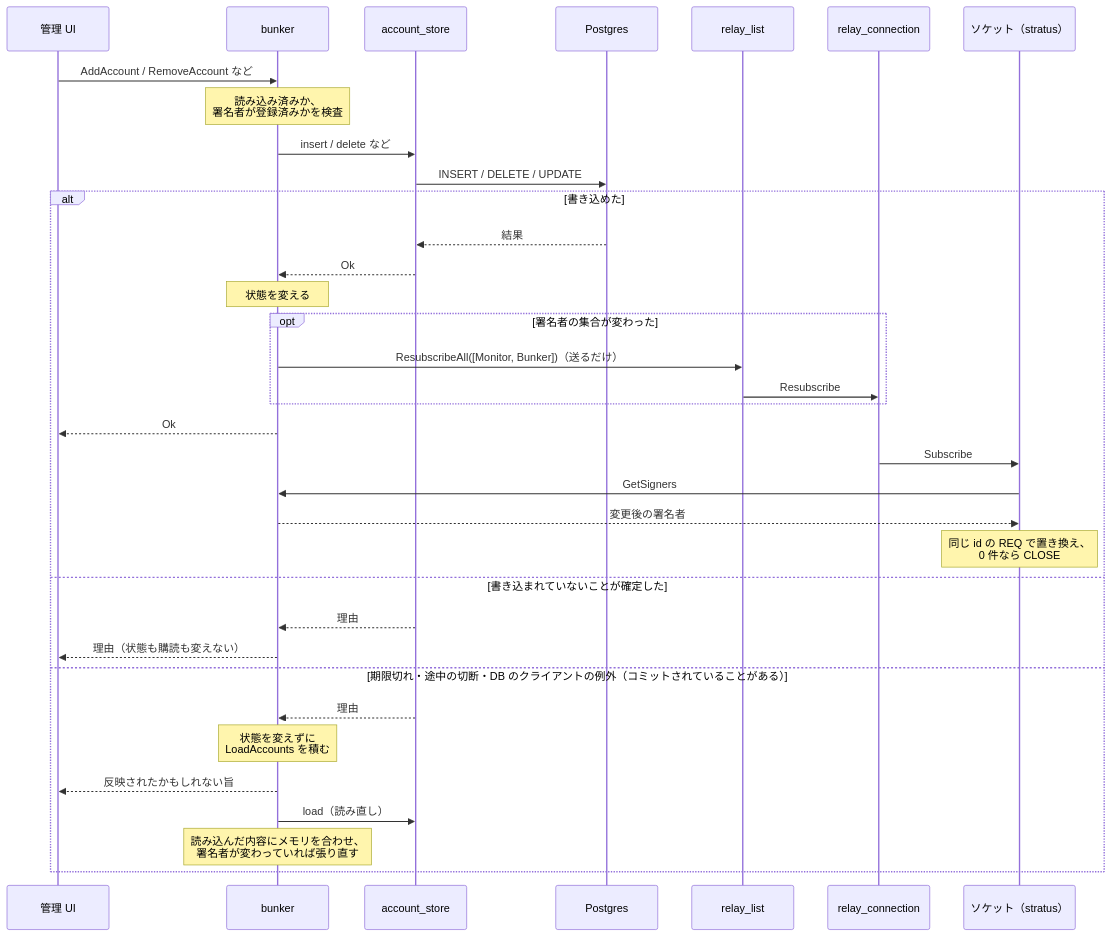
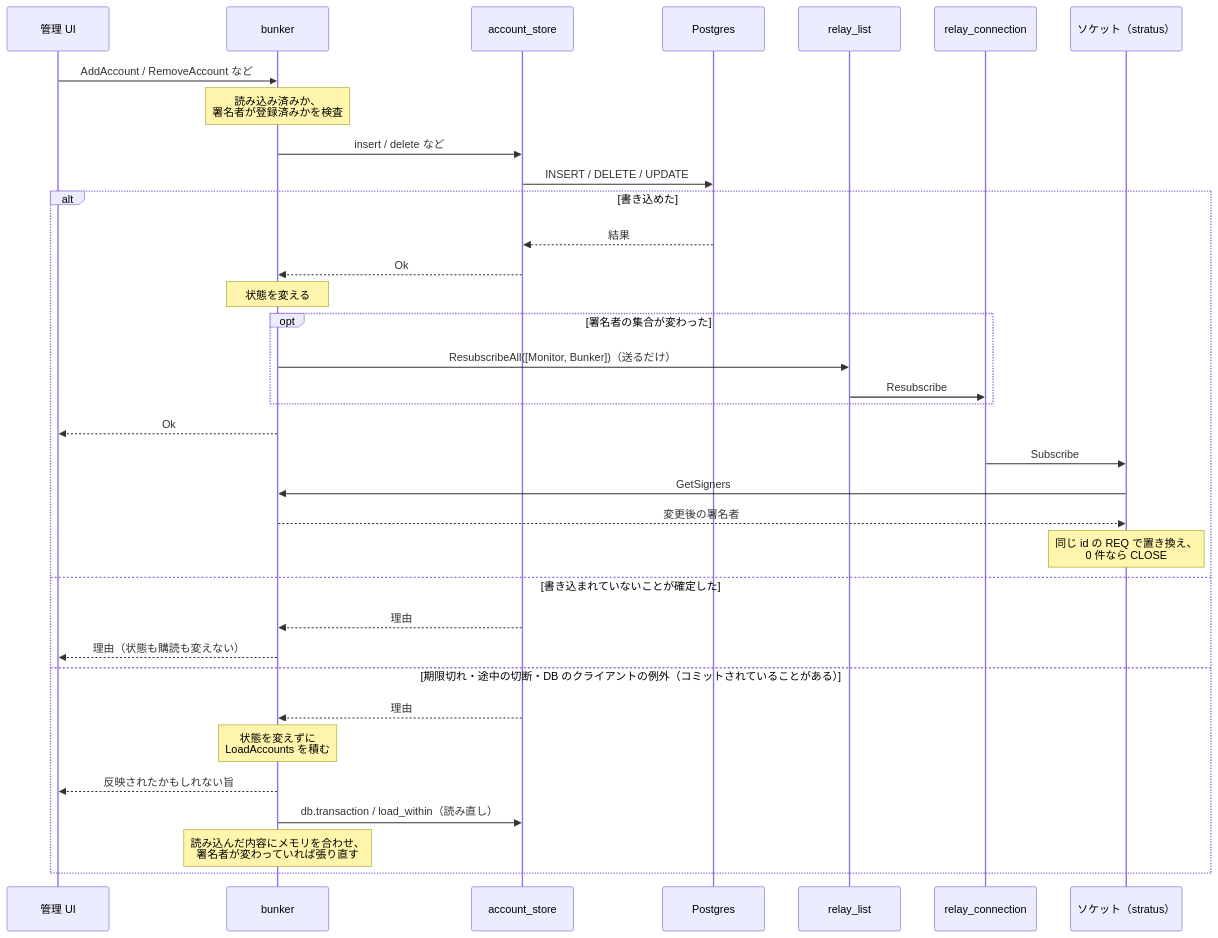
One commit to neverclear86/nostr-no-su changed the sixth of 9 diagrams in docs/architecture.md. Above: the diagram before and after it, drawn with Mermaid. The commit also changed other lines of this file and 6 other files, not shown here.

First line of the commit message:
refactor: account_store.load をテストの補助 postgres.load_stored に移す (#931)

````diff
--- a/docs/architecture.md
+++ b/docs/architecture.md
@@ -394,38 +394,38 @@
 ```mermaid
 sequenceDiagram
     participant ui as 管理 UI
     participant bk as bunker
     participant store as account_store
     participant db as Postgres
     participant list as relay_list
     participant conn as relay_connection
     participant sock as ソケット（stratus）
 
     ui->>bk: AddAccount / RemoveAccount など
     Note over bk: 読み込み済みか、<br/>署名者が登録済みかを検査
     bk->>store: insert / delete など
     store->>db: INSERT / DELETE / UPDATE
     alt 書き込めた
         db-->>store: 結果
         store-->>bk: Ok
         Note over bk: 状態を変える
         opt 署名者の集合が変わった
             bk->>list: ResubscribeAll([Monitor, Bunker])（送るだけ）
             list->>conn: Resubscribe
         end
         bk-->>ui: Ok
         conn->>sock: Subscribe
         sock->>bk: GetSigners
         bk-->>sock: 変更後の署名者
         Note over sock: 同じ id の REQ で置き換え、<br/>0 件なら CLOSE
     else 書き込まれていないことが確定した
         store-->>bk: 理由
         bk-->>ui: 理由（状態も購読も変えない）
     else 期限切れ・途中の切断・DB のクライアントの例外（コミットされていることがある）
         store-->>bk: 理由
         Note over bk: 状態を変えずに<br/>LoadAccounts を積む
         bk-->>ui: 反映されたかもしれない旨
-        bk->>store: load（読み直し）
+        bk->>store: db.transaction / load_within（読み直し）
         Note over bk: 読み込んだ内容にメモリを合わせ、<br/>署名者が変わっていれば張り直す
     end
 ```
````
